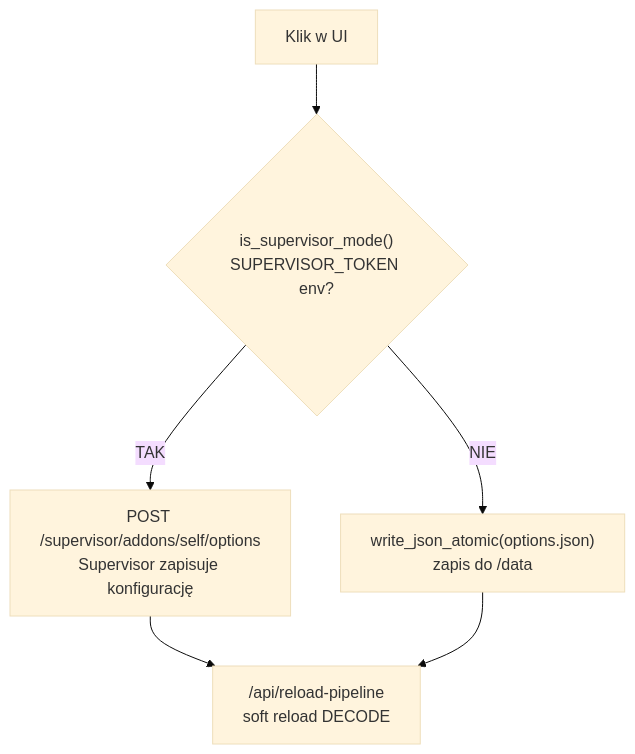
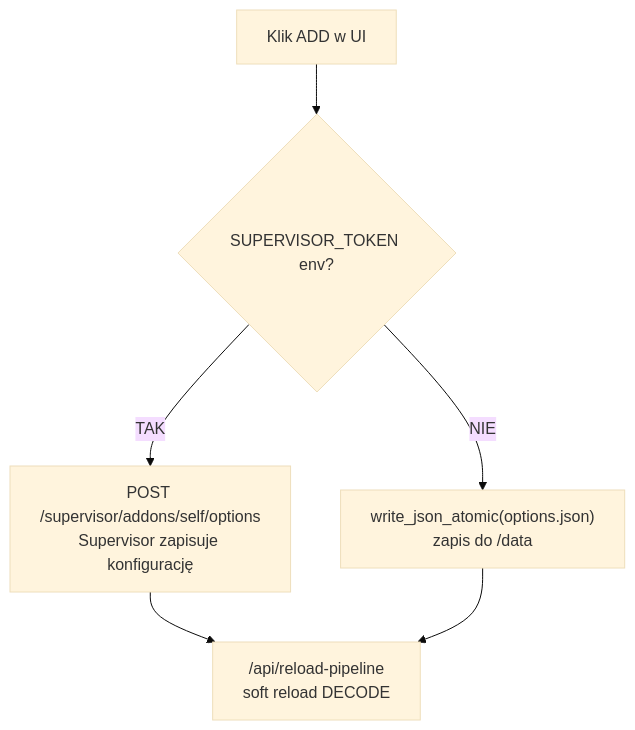
One commit to Kustonium/homeassistant-wmbus-mqtt-bridge-dev changed the sixth of 7 diagrams in docs/README.pl.md. Above: the diagram before and after it, drawn with Mermaid (base theme). The commit also changed other lines of this file and 222 other files, not shown here.

````diff
--- a/docs/README.pl.md
+++ b/docs/README.pl.md
@@ -665,8 +650,8 @@
 ```mermaid
 flowchart TD
-  A["Klik w UI"] --> B{"is_supervisor_mode()<br/>SUPERVISOR_TOKEN env?"}
+  A["Klik ADD w UI"] --> B{"SUPERVISOR_TOKEN env?"}
   B -- "TAK" --> C["POST /supervisor/addons/self/options<br/>Supervisor zapisuje konfigurację"]
   B -- "NIE" --> D["write_json_atomic(options.json)<br/>zapis do /data"]
   C --> E["/api/reload-pipeline<br/>soft reload DECODE"]
   D --> E
 ```
````
